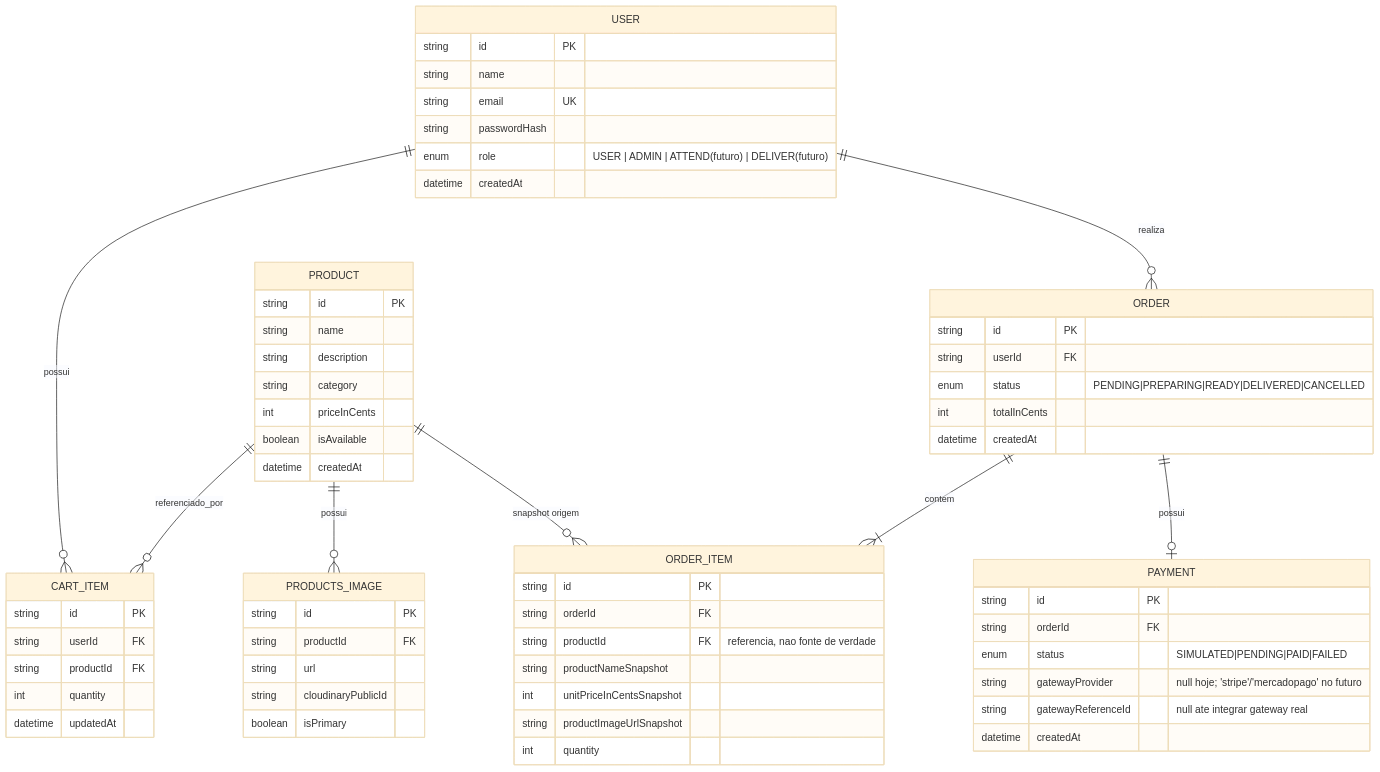
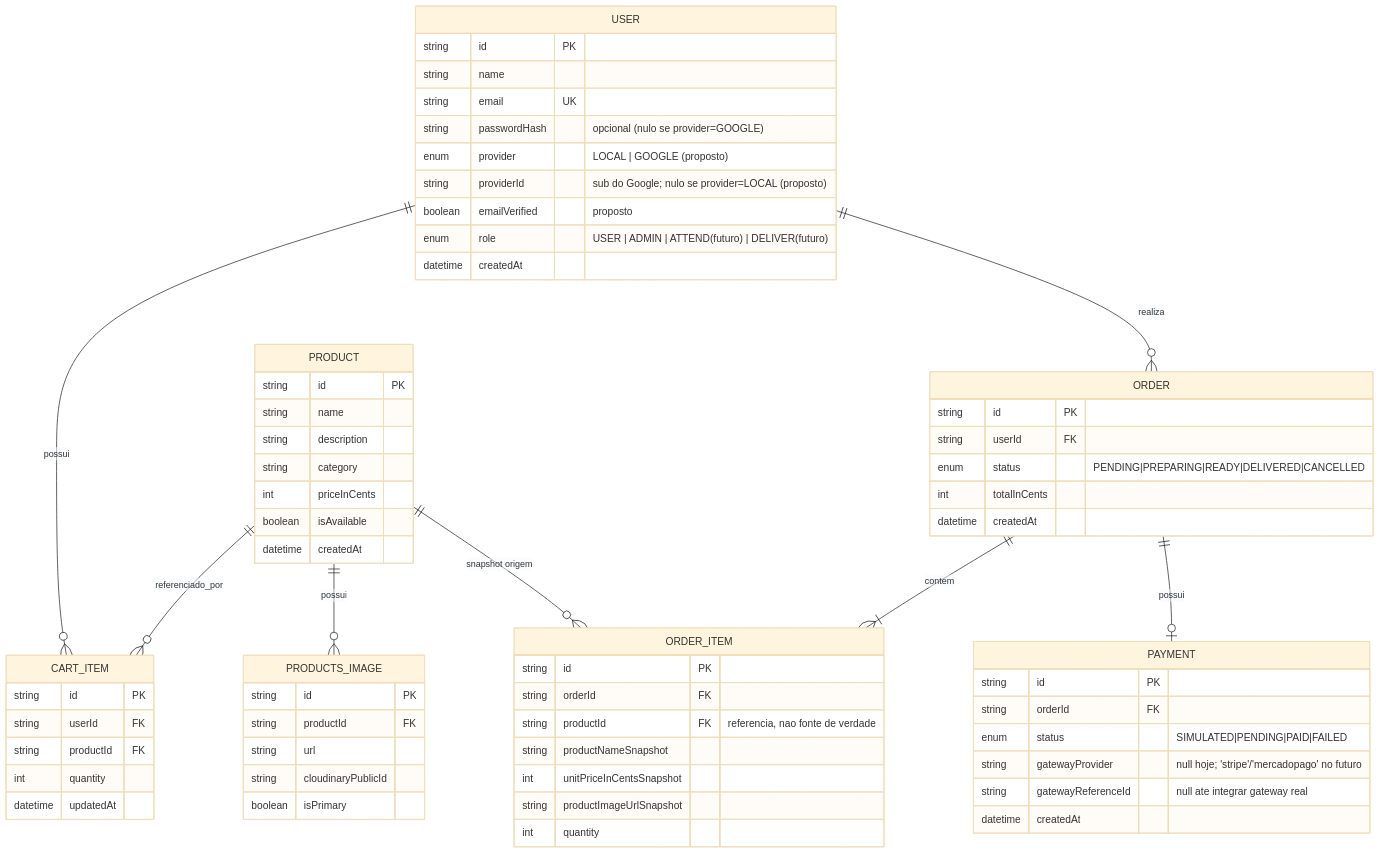
One commit to DevWesleyMedeiros/casa-do-hamburger changed the first of 6 diagrams in docs/architecture/REGRAS_DE_NEGOCIO.md. Above: the diagram before and after it, drawn with Mermaid (base theme). The commit also changed other lines of this file and 2 other files, not shown here.

First line of the commit message:
docs: setup prisma erd generation, add adrs and update business docs

````diff
--- a/docs/architecture/REGRAS_DE_NEGOCIO.md
+++ b/docs/architecture/REGRAS_DE_NEGOCIO.md
@@ -492,72 +526,75 @@
 ```mermaid
 erDiagram
     USER ||--o{ CART_ITEM : possui
     USER ||--o{ ORDER : realiza
     PRODUCT ||--o{ CART_ITEM : referenciado_por
     PRODUCT ||--o{ PRODUCTS_IMAGE : possui
     PRODUCT ||--o{ ORDER_ITEM : "snapshot origem"
     ORDER ||--|{ ORDER_ITEM : contem
     ORDER ||--o| PAYMENT : possui
 
     USER {
         string id PK
         string name
         string email UK
-        string passwordHash
+        string passwordHash "opcional (nulo se provider=GOOGLE)"
+        enum provider "LOCAL | GOOGLE (proposto)"
+        string providerId "sub do Google; nulo se provider=LOCAL (proposto)"
+        boolean emailVerified "proposto"
         enum role "USER | ADMIN | ATTEND(futuro) | DELIVER(futuro)"
         datetime createdAt
     }
 
     PRODUCT {
         string id PK
         string name
         string description
         string category
         int priceInCents
         boolean isAvailable
         datetime createdAt
     }
 
     PRODUCTS_IMAGE {
         string id PK
         string productId FK
         string url
         string cloudinaryPublicId
         boolean isPrimary
     }
 
     CART_ITEM {
         string id PK
         string userId FK
         string productId FK
         int quantity
         datetime updatedAt
     }
 
     ORDER {
         string id PK
         string userId FK
         enum status "PENDING|PREPARING|READY|DELIVERED|CANCELLED"
         int totalInCents
         datetime createdAt
     }
 
     ORDER_ITEM {
         string id PK
         string orderId FK
         string productId FK "referencia, nao fonte de verdade"
         string productNameSnapshot
         int unitPriceInCentsSnapshot
         string productImageUrlSnapshot
         int quantity
     }
 
     PAYMENT {
         string id PK
         string orderId FK
         enum status "SIMULATED|PENDING|PAID|FAILED"
         string gatewayProvider "null hoje; 'stripe'/'mercadopago' no futuro"
         string gatewayReferenceId "null ate integrar gateway real"
         datetime createdAt
     }
 ```
````
